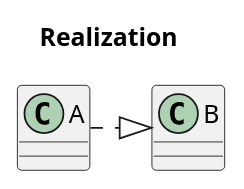
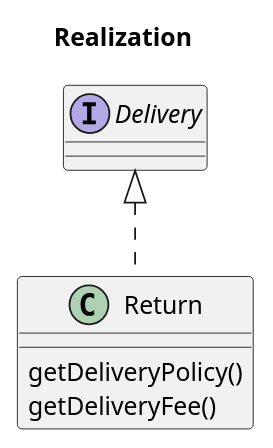
One commit to okhj159/OKLEETechOrganizer changed the second of 6 diagrams in cs/softwareEngineering/uml/class.puml. Above: the diagram before and after it, drawn with PlantUML. The commit also changed other lines of this file and 5 other files, not shown here.

Commit message:
[docs] class diagram 작성

```diff
--- a/cs/softwareEngineering/uml/class.puml
+++ b/cs/softwareEngineering/uml/class.puml
@@ -20,15 +30,17 @@
 @startuml
 
 title Realization
 
 'implements
 
-class A {
+interface Delivery {
 }
 
-class B {
+class Return {
+    getDeliveryPolicy()
+    getDeliveryFee()
 }
 
-A .right.|> B
+Delivery <|.. Return
 
 @enduml
```
